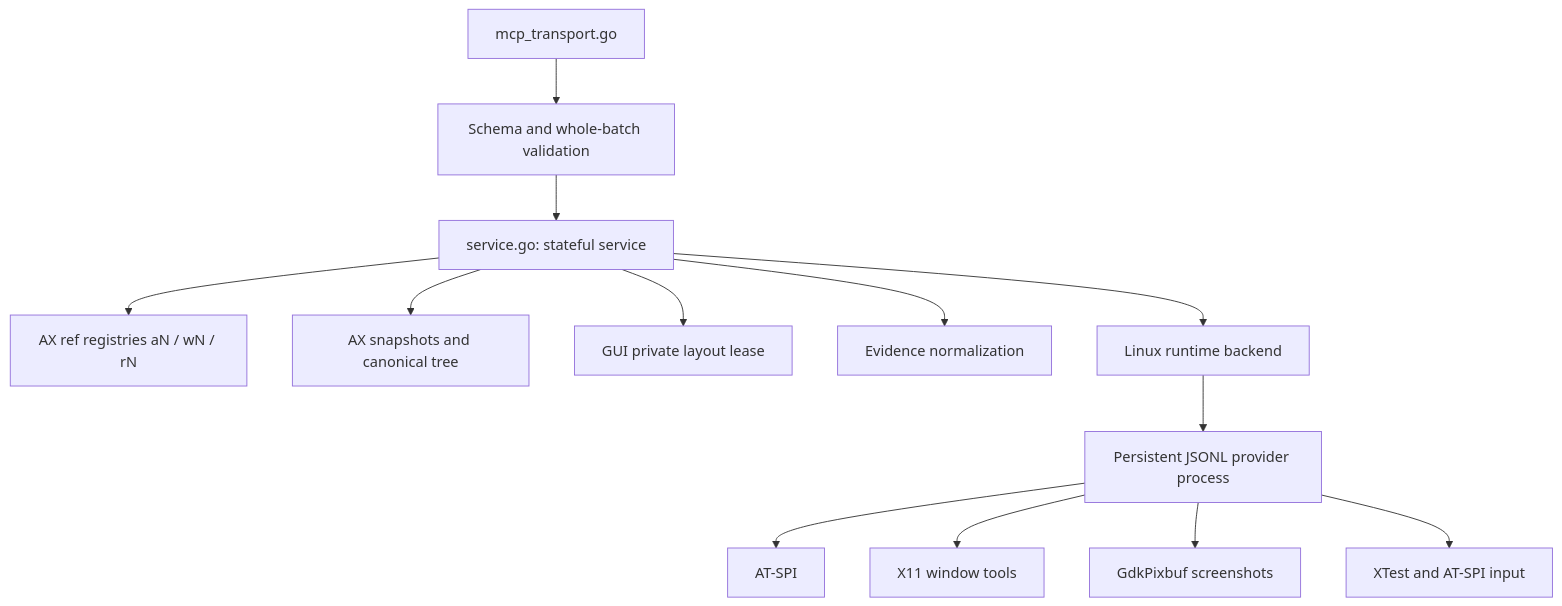
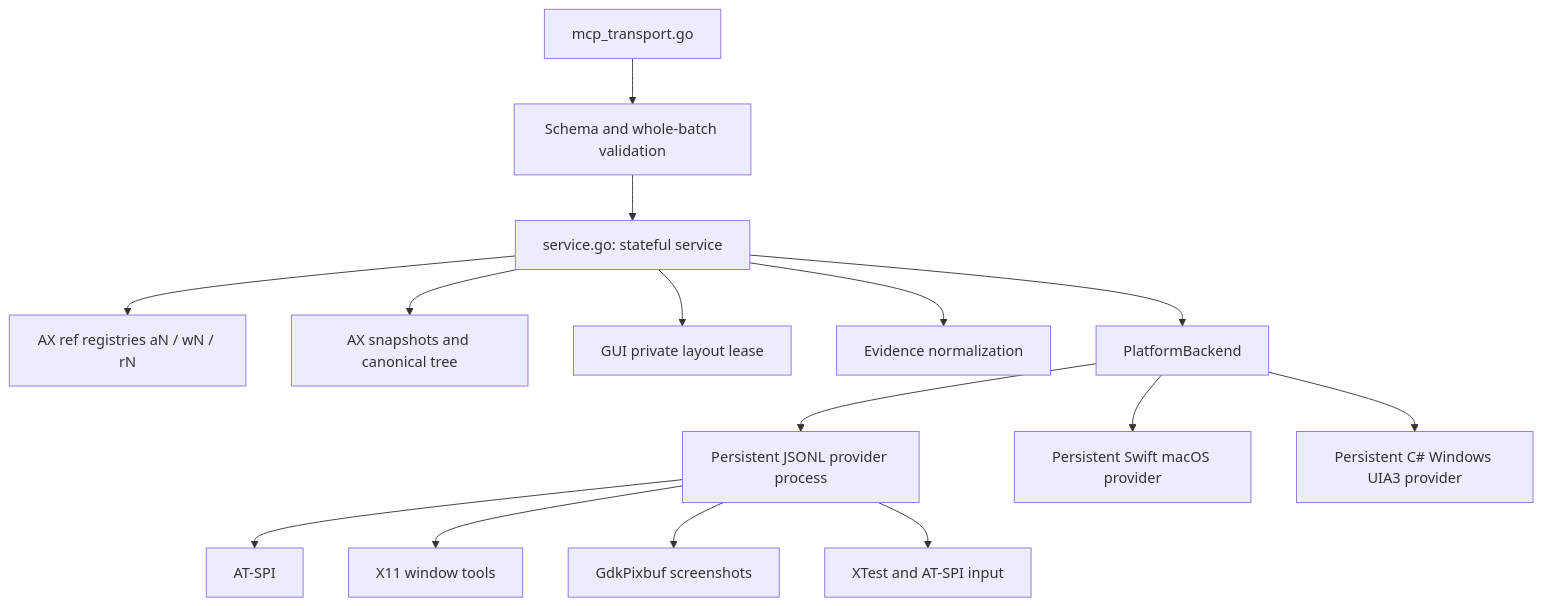
The second of 2 diagrams in docs/ARCHITECTURE.md (hqhq1025/hybrid-computer-use-oss), drawn with Mermaid before and after one commit. The commit also changed other lines of this file and 351 other files, not shown here.

````diff
--- a/docs/ARCHITECTURE.md
+++ b/docs/ARCHITECTURE.md
@@ -35,15 +35,17 @@
 ```mermaid
 flowchart TB
     T[mcp_transport.go] --> V[Schema and whole-batch validation]
     V --> S[service.go: stateful service]
     S --> AR[AX ref registries aN / wN / rN]
     S --> AS[AX snapshots and canonical tree]
     S --> GL[GUI private layout lease]
     S --> E[Evidence normalization]
-    S --> B[Linux runtime backend]
+    S --> B[PlatformBackend]
     B --> W[Persistent JSONL provider process]
     W --> AT[AT-SPI]
     W --> WM[X11 window tools]
     W --> PX[GdkPixbuf screenshots]
     W --> IN[XTest and AT-SPI input]
+    B --> M[Persistent Swift macOS provider]
+    B --> N[Persistent C# Windows UIA3 provider]
 ```
````
